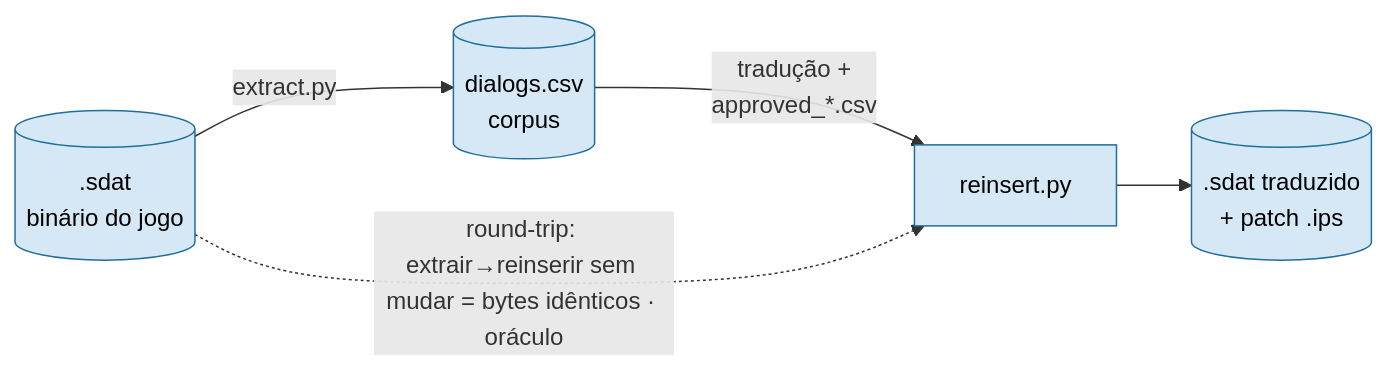
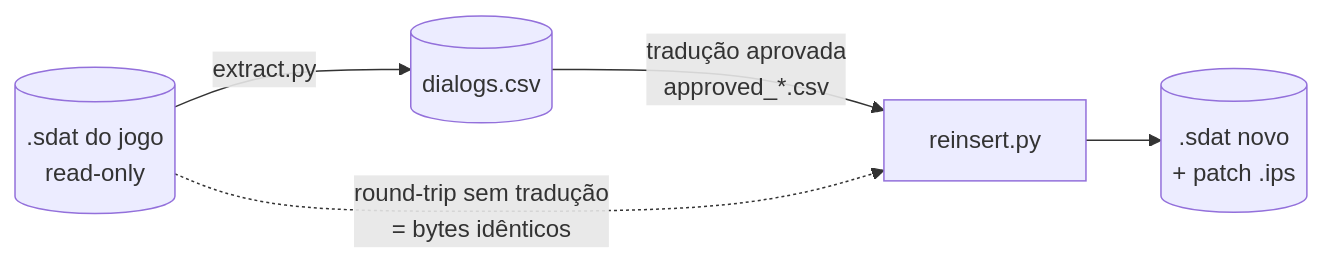
The first of 2 diagrams in projects/utawarerumono/connector/README.md (scudellerlemos/translation-cognition-framework), drawn with Mermaid before and after one commit. The commit also changed other lines of this file and 8 other files, not shown here.

Commit message:
docs(readme): reescreve os 9 READMEs com C4 em mermaid

````diff
--- a/projects/utawarerumono/connector/README.md
+++ b/projects/utawarerumono/connector/README.md
@@ -15,9 +12,7 @@
 ```mermaid
 flowchart LR
-  bin[(".sdat<br/>binário do jogo")] -->|"extract.py"| csv[("dialogs.csv<br/>corpus")]
-  csv -->|"tradução +<br/>approved_*.csv"| rein["reinsert.py"]
-  rein --> out[(".sdat traduzido<br/>+ patch .ips")]
-  bin -. "round-trip: extrair→reinserir sem mudar = bytes idênticos · oráculo" .-> rein
-  classDef io fill:#d6e8f6,stroke:#1f6f9b,color:#000;
-  class bin,csv,rein,out io;
+  bin[(".sdat do jogo<br/>read-only")] -->|"extract.py"| csv[("dialogs.csv")]
+  csv -->|"tradução aprovada<br/>approved_*.csv"| rein["reinsert.py"]
+  rein --> out[(".sdat novo<br/>+ patch .ips")]
+  bin -. "round-trip sem tradução<br/>= bytes idênticos" .-> rein
 ```
````
